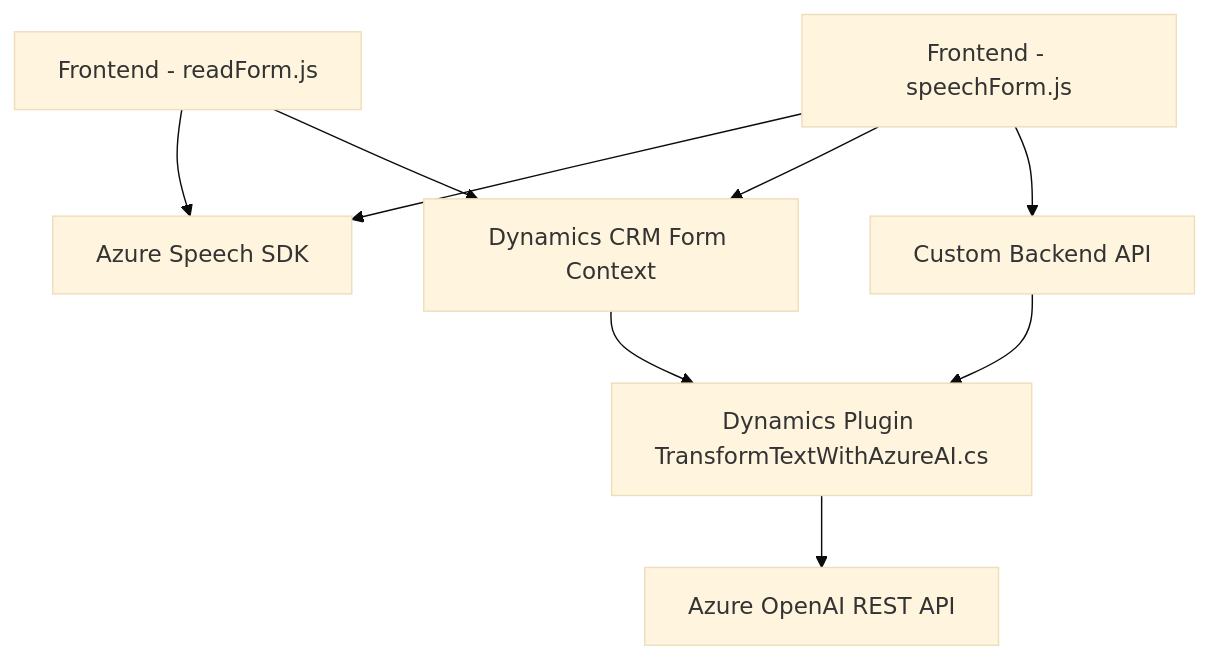
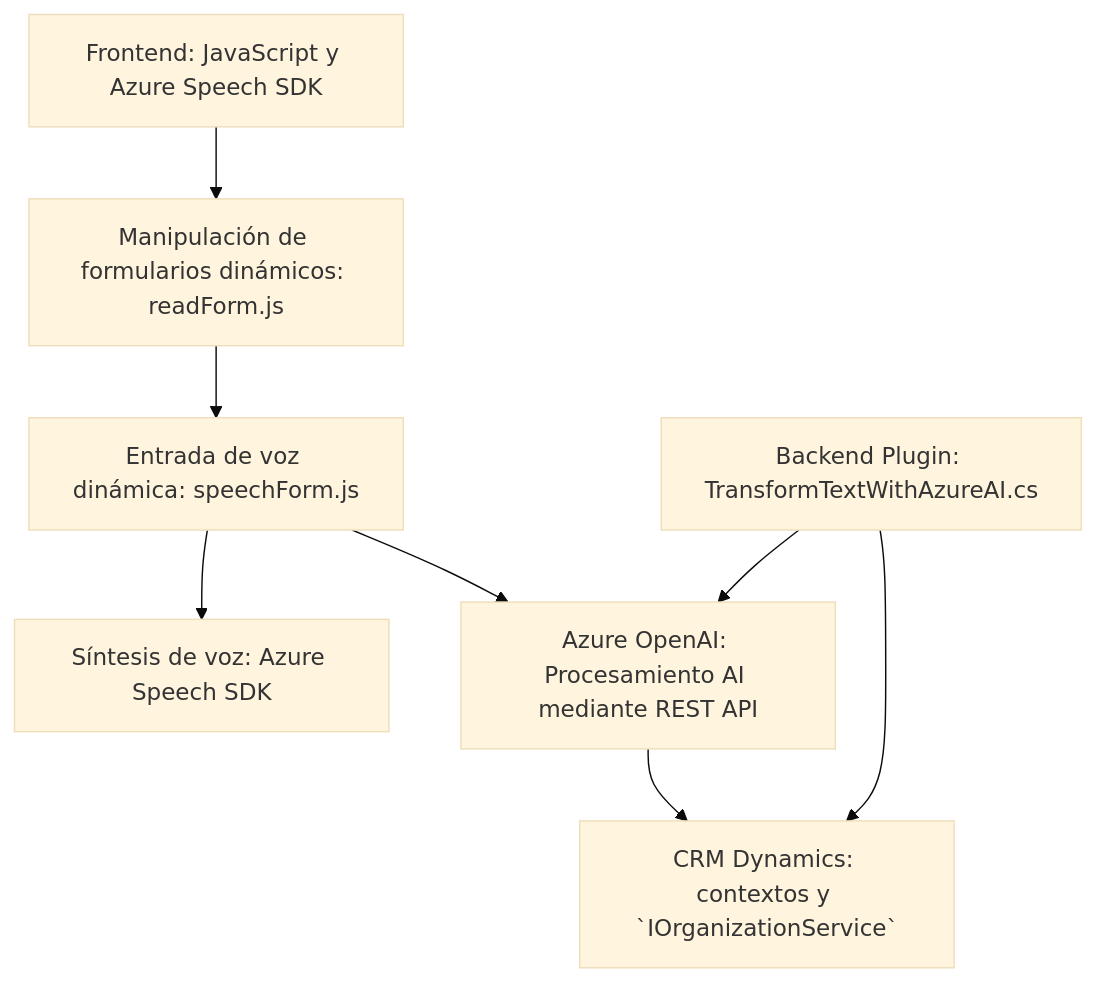
Before and after one commit to blopezdm/NETCORE_BILBAO2025: the diagram in README.md, drawn with Mermaid (base theme). The commit also changed other lines of this file, not shown here.

````diff
--- a/README.md
+++ b/README.md
@@ -23,14 +56,18 @@
 ```mermaid
 graph TD
-    A["Frontend - readForm.js"] --> B["Azure Speech SDK"]
-    A --> C["Dynamics CRM Form Context"]
+    A["Frontend: JavaScript y Azure Speech SDK"]
+    B["Manipulación de formularios dinámicos: readForm.js"]
+    C["Entrada de voz dinámica: speechForm.js"]
+    D["Síntesis de voz: Azure Speech SDK"]
+    E["Backend Plugin: TransformTextWithAzureAI.cs"]
+    F["Azure OpenAI: Procesamiento AI mediante REST API"]
+    G["CRM Dynamics: contextos y `IOrganizationService`"]
 
-    D["Frontend - speechForm.js"] --> B
-    D --> C
-    D --> E["Custom Backend API"]
-
-    E --> F["Dynamics Plugin TransformTextWithAzureAI.cs"]
-    F --> G["Azure OpenAI REST API"]
-
+    A --> B
+    B --> C
+    C --> D
+    E --> F
+    E --> G
+    F --> G
     C --> F
 ```
````
